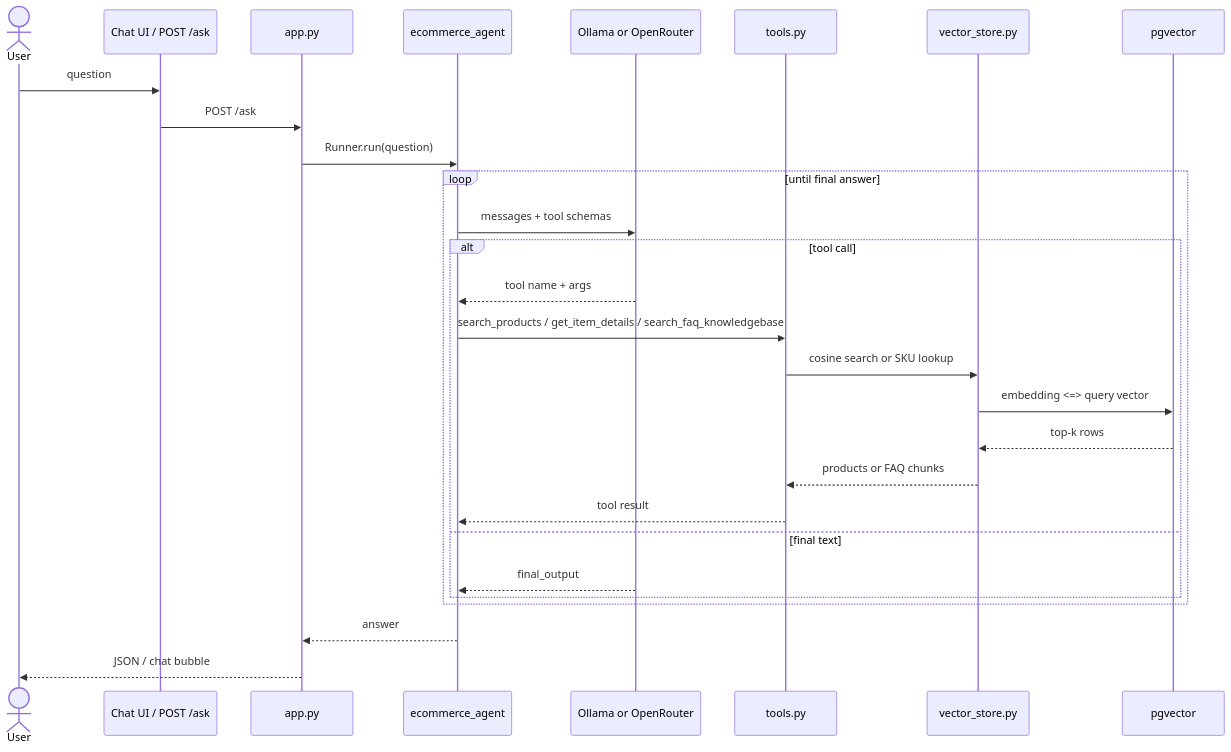
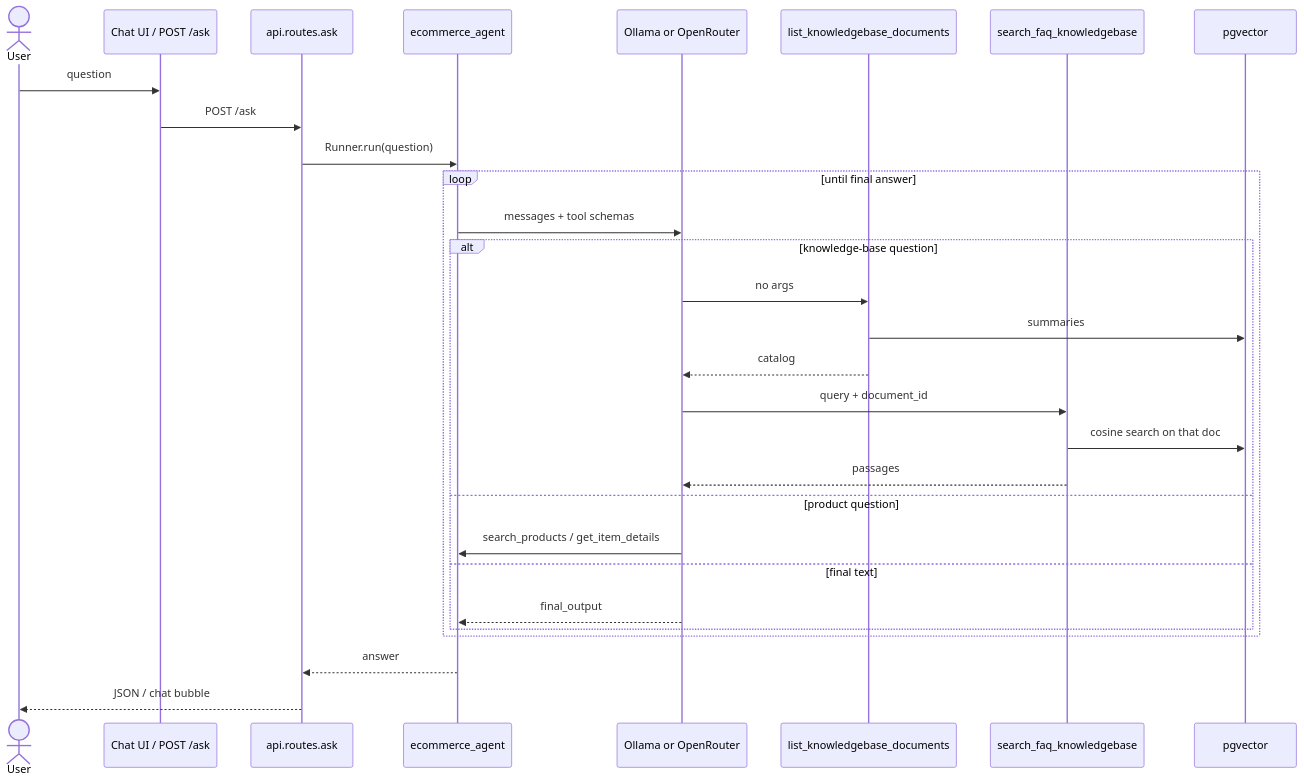
The second of 4 diagrams in architecture.md (JJTorresDS/ecommerce-agent), drawn with Mermaid before and after one commit. The commit also changed other lines of this file and 54 other files, not shown here.

Commit message:
implemented new modular architecture

````diff
--- a/architecture.md
+++ b/architecture.md
@@ -90,33 +91,34 @@
 ```mermaid
 sequenceDiagram
     actor User
     participant UI as Chat UI / POST /ask
-    participant App as app.py
+    participant App as api.routes.ask
     participant Agent as ecommerce_agent
     participant LLM as Ollama or OpenRouter
-    participant Tools as tools.py
-    participant VS as vector_store.py
+    participant List as list_knowledgebase_documents
+    participant Search as search_faq_knowledgebase
     participant DB as pgvector
 
     User->>UI: question
     UI->>App: POST /ask
     App->>Agent: Runner.run(question)
 
     loop until final answer
         Agent->>LLM: messages + tool schemas
-        alt tool call
-            LLM-->>Agent: tool name + args
-            Agent->>Tools: search_products / get_item_details / search_faq_knowledgebase
-            Tools->>VS: cosine search or SKU lookup
-            VS->>DB: embedding <=> query vector
-            DB-->>VS: top-k rows
-            VS-->>Tools: products or FAQ chunks
-            Tools-->>Agent: tool result
+        alt knowledge-base question
+            LLM->>List: no args
+            List->>DB: summaries
+            List-->>LLM: catalog
+            LLM->>Search: query + document_id
+            Search->>DB: cosine search on that doc
+            Search-->>LLM: passages
+        else product question
+            LLM->>Agent: search_products / get_item_details
         else final text
             LLM-->>Agent: final_output
         end
     end
 
     Agent-->>App: answer
     App-->>User: JSON / chat bubble
 ```
````
